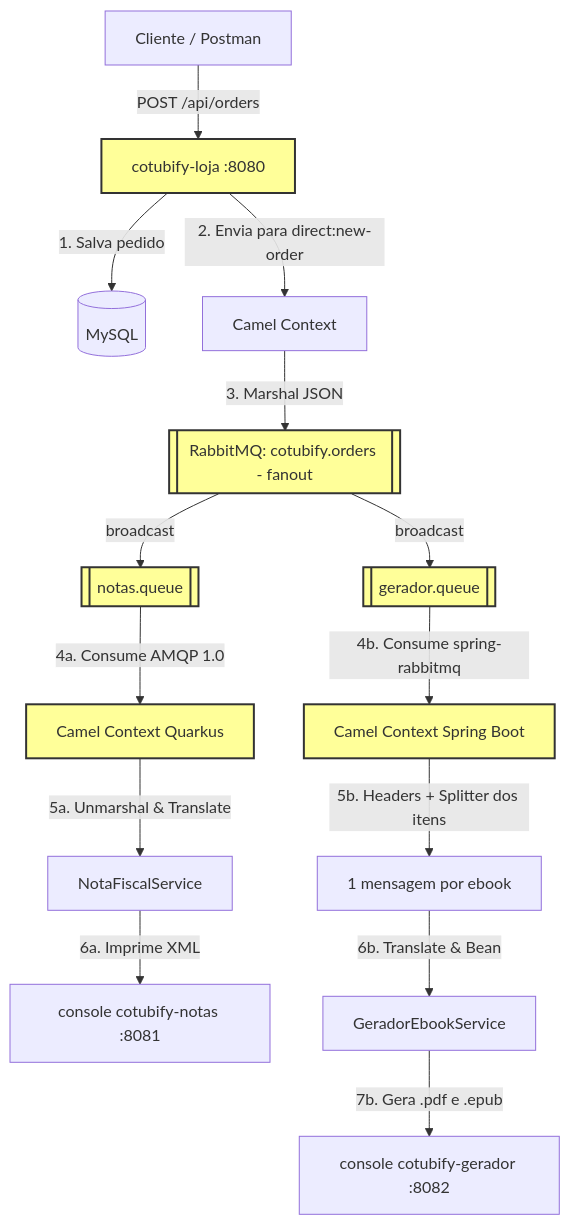
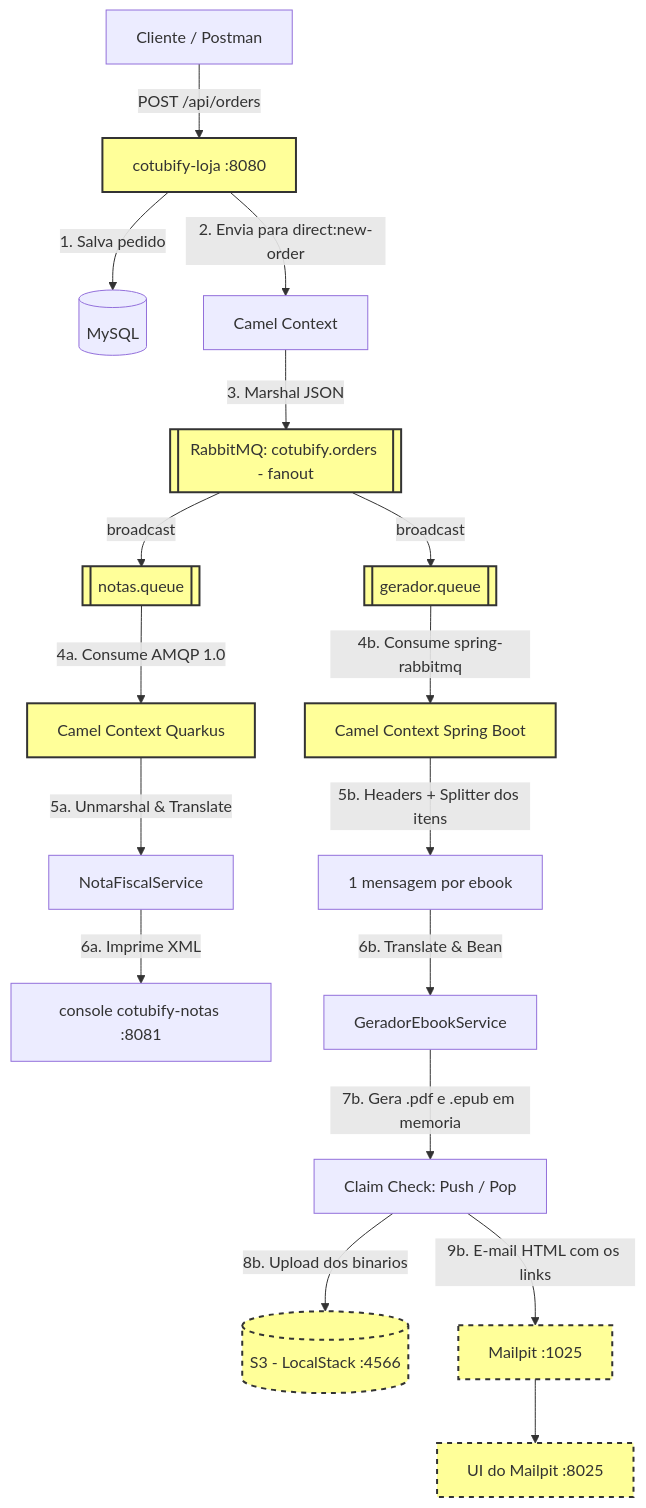
One commit to unipds-projetos/live-intro-camel changed the second of 2 diagrams in README.md. Above: the diagram before and after it, drawn with Mermaid. The commit also changed other lines of this file and 8 other files, not shown here.

Commit message:
S3 com Localstack, Claim Check e notificacao por email

````diff
--- a/README.md
+++ b/README.md
@@ -286,25 +341,31 @@
 ```mermaid
 graph TD
     Client[Cliente / Postman] -->|POST /api/orders| Loja[cotubify-loja :8080]
     Loja -->|1. Salva pedido| MySQL[(MySQL)]
     Loja -->|2. Envia para direct:new-order| CamelLoja[Camel Context]
     CamelLoja -->|3. Marshal JSON| Exchange[[RabbitMQ: cotubify.orders - fanout]]
 
     Exchange -->|broadcast| FilaNotas[[notas.queue]]
     Exchange -->|broadcast| FilaGerador[[gerador.queue]]
 
     FilaNotas -->|4a. Consume AMQP 1.0| CamelNotas[Camel Context Quarkus]
     CamelNotas -->|5a. Unmarshal & Translate| Service[NotaFiscalService]
     Service -->|6a. Imprime XML| ConsoleNotas[console cotubify-notas :8081]
 
     FilaGerador -->|4b. Consume spring-rabbitmq| CamelGerador[Camel Context Spring Boot]
     CamelGerador -->|5b. Headers + Splitter dos itens| SplitGerador[1 mensagem por ebook]
     SplitGerador -->|6b. Translate & Bean| ServiceGerador[GeradorEbookService]
-    ServiceGerador -->|7b. Gera .pdf e .epub| ConsoleGerador[console cotubify-gerador :8082]
+    ServiceGerador -->|7b. Gera .pdf e .epub em memoria| ClaimCheck[Claim Check: Push / Pop]
+    ClaimCheck -->|8b. Upload dos binarios| S3[(S3 - LocalStack :4566)]
+    ClaimCheck -->|9b. E-mail HTML com os links| SMTP[Mailpit :1025]
+    SMTP --> MailUI[UI do Mailpit :8025]
 
     classDef integrated fill:#ff9,stroke:#333,stroke-width:2px;
     class Loja,CamelNotas,CamelGerador integrated;
 
     classDef broker fill:#ff9,stroke:#333,stroke-width:2px;
     class Exchange,FilaNotas,FilaGerador broker;
+
+    classDef infra fill:#ff9,stroke:#333,stroke-width:2px,stroke-dasharray: 5 5;
+    class S3,SMTP,MailUI infra;
 ```
````
